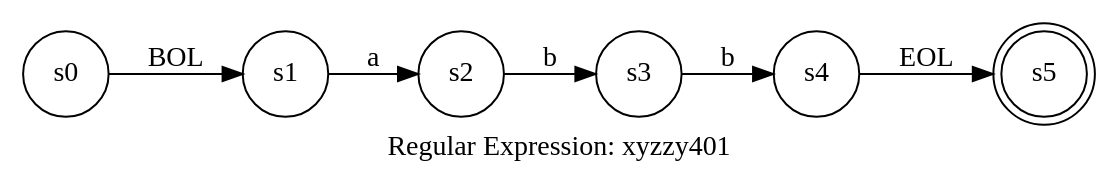
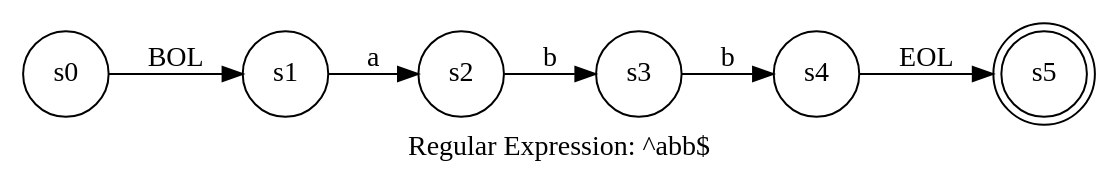
The diagram in ref/nfa_0009.gv (pschlump/lexie), drawn with Graphviz before and after one commit. The commit also changed 70 other files, not shown here.

```diff
--- a/ref/nfa_0009.gv
+++ b/ref/nfa_0009.gv
@@ -1,12 +1,12 @@
 digraph finite_state_machine {
-	label="Regular Expression: xyzzy401";
+	label="Regular Expression: ^abb$";
 	rankdir=LR;
 	size="8,5"
 	node [shape = doublecircle]; s5;
 	node [shape = circle];
 	s0 -> s1 [ label = "BOL" ];
 	s1 -> s2 [ label = "a" ];
 	s2 -> s3 [ label = "b" ];
 	s3 -> s4 [ label = "b" ];
 	s4 -> s5 [ label = "EOL" ];
 }
```
